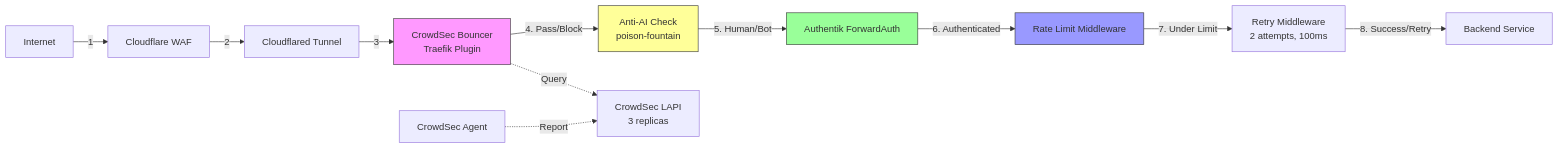
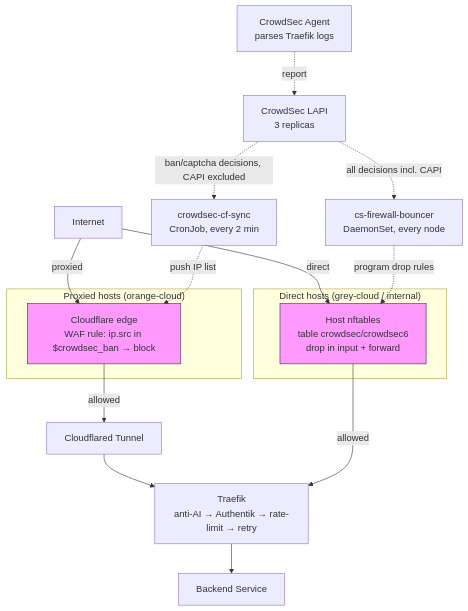
Before and after one commit to ViktorBarzin/infra: the diagram in docs/architecture/security.md, drawn with Mermaid. The commit also changed other lines of this file and 2 other files, not shown here.

First line of the commit message:
docs: rewrite CrowdSec enforcement architecture (firewall-bouncer + CF WAF; Yaegi plugin removed)

````diff
--- a/docs/architecture/security.md
+++ b/docs/architecture/security.md
@@ -9,31 +14,36 @@
 ```mermaid
-graph LR
+graph TB
     Internet[Internet]
-    CF[Cloudflare WAF]
+
+    subgraph "Proxied hosts (orange-cloud)"
+        CFedge[Cloudflare edge<br/>WAF rule: ip.src in $crowdsec_ban → block]
+    end
+    subgraph "Direct hosts (grey-cloud / internal)"
+        NFT[Host nftables<br/>table crowdsec/crowdsec6<br/>drop in input + forward]
+    end
+
     Tunnel[Cloudflared Tunnel]
-    CrowdSec[CrowdSec Bouncer<br/>Traefik Plugin]
-    AntiAI[Anti-AI Check<br/>poison-fountain]
-    ForwardAuth[Authentik ForwardAuth]
-    RateLimit[Rate Limit Middleware]
-    Retry[Retry Middleware<br/>2 attempts, 100ms]
+    Traefik[Traefik<br/>anti-AI → Authentik → rate-limit → retry]
     Backend[Backend Service]
 
     LAPI[CrowdSec LAPI<br/>3 replicas]
-    Agent[CrowdSec Agent]
+    Agent[CrowdSec Agent<br/>parses Traefik logs]
+    FWB[cs-firewall-bouncer<br/>DaemonSet, every node]
+    CFsync[crowdsec-cf-sync<br/>CronJob, every 2 min]
 
-    Internet -->|1| CF
-    CF -->|2| Tunnel
-    Tunnel -->|3| CrowdSec
-    CrowdSec -.->|Query| LAPI
-    Agent -.->|Report| LAPI
-    CrowdSec -->|4. Pass/Block| AntiAI
-    AntiAI -->|5. Human/Bot| ForwardAuth
-    ForwardAuth -->|6. Authenticated| RateLimit
-    RateLimit -->|7. Under Limit| Retry
-    Retry -->|8. Success/Retry| Backend
+    Internet -->|proxied| CFedge
+    Internet -->|direct| NFT
+    CFedge -->|allowed| Tunnel
+    Tunnel --> Traefik
+    NFT -->|allowed| Traefik
+    Traefik --> Backend
 
-    style CrowdSec fill:#f9f,stroke:#333
-    style AntiAI fill:#ff9,stroke:#333
-    style ForwardAuth fill:#9f9,stroke:#333
-    style RateLimit fill:#99f,stroke:#333
+    Agent -.->|report| LAPI
+    LAPI -.->|all decisions incl. CAPI| FWB
+    FWB -.->|program drop rules| NFT
+    LAPI -.->|ban/captcha decisions, CAPI excluded| CFsync
+    CFsync -.->|push IP list| CFedge
+
+    style CFedge fill:#f9f,stroke:#333
+    style NFT fill:#f9f,stroke:#333
 ```
````
